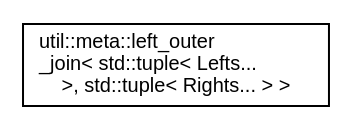
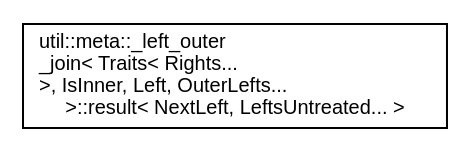
One commit to AndreasLrx/ecstasy changed the diagram in inherit_graph_57.dot. Above: the diagram before and after it, drawn with Graphviz. The commit also changed 469 other files, not shown here.

```diff
--- a/inherit_graph_57.dot
+++ b/inherit_graph_57.dot
@@ -1,8 +1,8 @@
 digraph "Graphical Class Hierarchy"
 {
  // LATEX_PDF_SIZE
   edge [fontname="Helvetica",fontsize="10",labelfontname="Helvetica",labelfontsize="10"];
   node [fontname="Helvetica",fontsize="10",shape=record];
   rankdir="LR";
-  Node0 [label="util::meta::left_outer\l_join\< std::tuple\< Lefts...\l \>, std::tuple\< Rights... \> \>",height=0.2,width=0.4,color="black", fillcolor="white", style="filled",URL="$structutil_1_1meta_1_1left__outer__join_3_01std_1_1tuple_3_01_lefts_8_8_8_01_4_00_01std_1_1tuple_3_01_rights_8_8_8_01_4_01_4.html",tooltip="Performs a left outer join on two parameter pack types wrapped in tuple types (return types in lefts ..."];
+  Node0 [label="util::meta::_left_outer\l_join\< Traits\< Rights...\l \>, IsInner, Left, OuterLefts...\l \>::result\< NextLeft, LeftsUntreated... \>",height=0.2,width=0.4,color="black", fillcolor="white", style="filled",URL="$structutil_1_1meta_1_1__left__outer__join_3_01_traits_3_01_rights_8_8_8_01_4_00_01_is_inner_00_0e4c618fb3b7be1c193ef63fbe4938be5.html",tooltip="Resulting type of the outer join."];
 }
```
